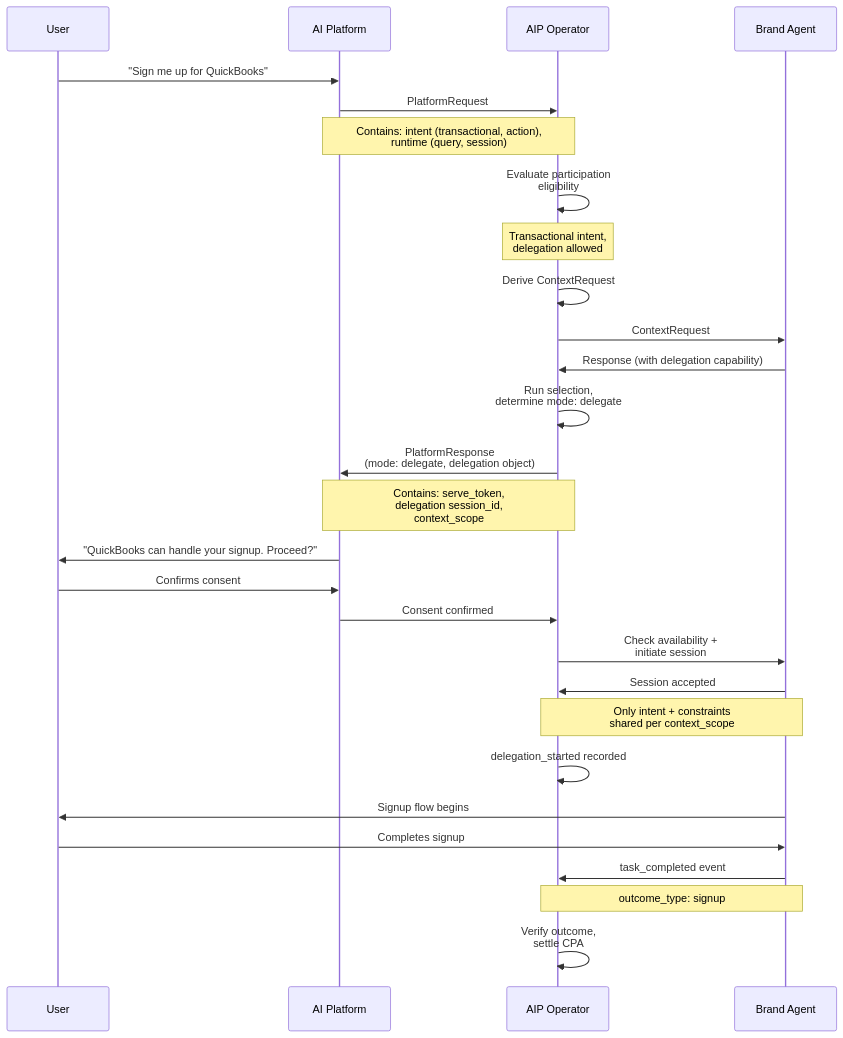
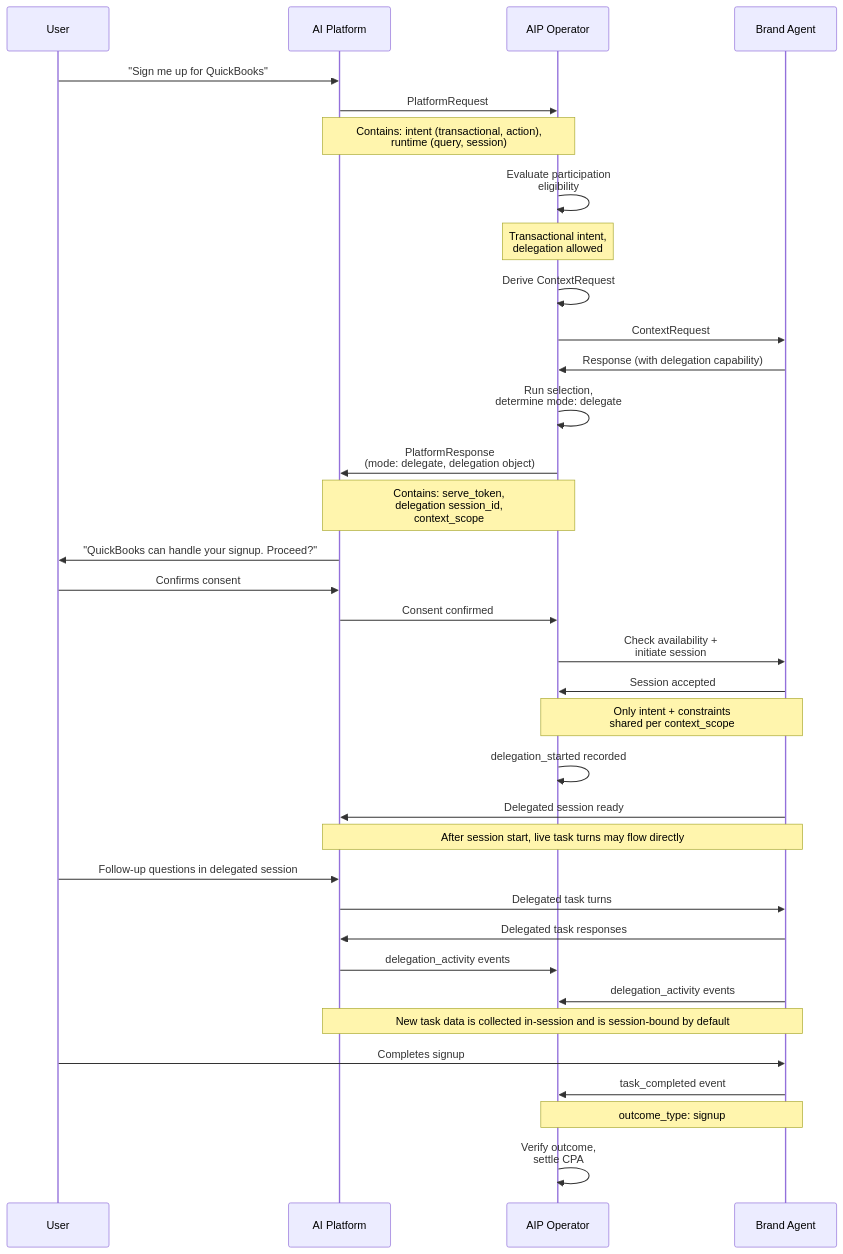
The second of 2 diagrams in end-to-end-flow.mdx (GouniManikumar12/mintlify-docs), drawn with Mermaid before and after one commit. The commit also changed other lines of this file and 11 other files, not shown here.

First line of the commit message:
Add delegation_activity and delegation_expired events

````diff
--- a/end-to-end-flow.mdx
+++ b/end-to-end-flow.mdx
@@ -80,39 +80,46 @@
 ```mermaid
 sequenceDiagram
     participant User
     participant Platform as AI Platform
     participant Operator as AIP Operator
     participant BrandAgent as Brand Agent
 
     User->>Platform: "Sign me up for QuickBooks"
     Platform->>Operator: PlatformRequest
     Note over Platform,Operator: Contains: intent (transactional, action),<br/>runtime (query, session)
 
     Operator->>Operator: Evaluate participation<br/>eligibility
     Note over Operator: Transactional intent,<br/>delegation allowed
 
     Operator->>Operator: Derive ContextRequest
     Operator->>BrandAgent: ContextRequest
     BrandAgent->>Operator: Response (with delegation capability)
 
     Operator->>Operator: Run selection,<br/>determine mode: delegate
     Operator->>Platform: PlatformResponse<br/>(mode: delegate, delegation object)
     Note over Operator,Platform: Contains: serve_token,<br/>delegation session_id,<br/>context_scope
 
     Platform->>User: "QuickBooks can handle your signup. Proceed?"
     User->>Platform: Confirms consent
     Platform->>Operator: Consent confirmed
 
     Operator->>BrandAgent: Check availability +<br/>initiate session
     BrandAgent->>Operator: Session accepted
     Note over Operator,BrandAgent: Only intent + constraints<br/>shared per context_scope
 
     Operator->>Operator: delegation_started recorded
-    BrandAgent->>User: Signup flow begins
+    BrandAgent->>Platform: Delegated session ready
+    Note over Platform,BrandAgent: After session start, live task turns may flow directly
+    User->>Platform: Follow-up questions in delegated session
+    Platform->>BrandAgent: Delegated task turns
+    BrandAgent->>Platform: Delegated task responses
+    Platform->>Operator: delegation_activity events
+    BrandAgent->>Operator: delegation_activity events
+    Note over Platform,BrandAgent: New task data is collected in-session and is session-bound by default
 
     User->>BrandAgent: Completes signup
     BrandAgent->>Operator: task_completed event
     Note over BrandAgent,Operator: outcome_type: signup
 
     Operator->>Operator: Verify outcome,<br/>settle CPA
 ```
````
